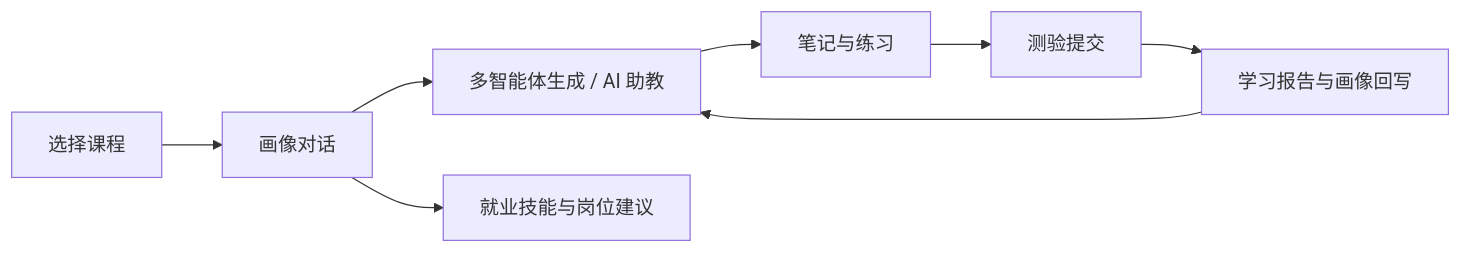
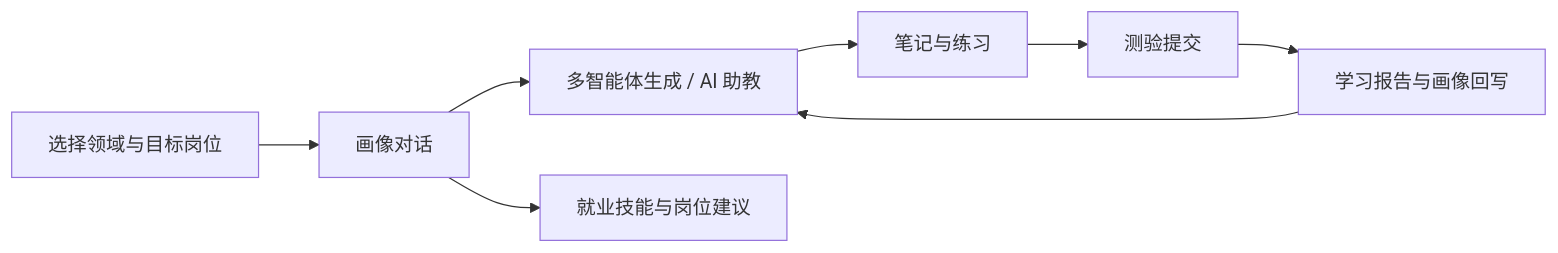
Before and after one commit to sunjiayu929-max/studymate-competition-OpenBidding: the second of 2 diagrams in studymate/docs/系统架构.md, drawn with Mermaid. The commit also changed other lines of this file and 73 other files, not shown here.

````diff
--- a/studymate/docs/系统架构.md
+++ b/studymate/docs/系统架构.md
@@ -47,10 +47,10 @@
 ```mermaid
 flowchart LR
-    A[选择课程] --> B[画像对话]
+    A[选择领域与目标岗位] --> B[画像对话]
     B --> C[多智能体生成 / AI 助教]
     C --> D[笔记与练习]
     D --> E[测验提交]
     E --> F[学习报告与画像回写]
     F --> C
     B --> G[就业技能与岗位建议]
 ```
````
